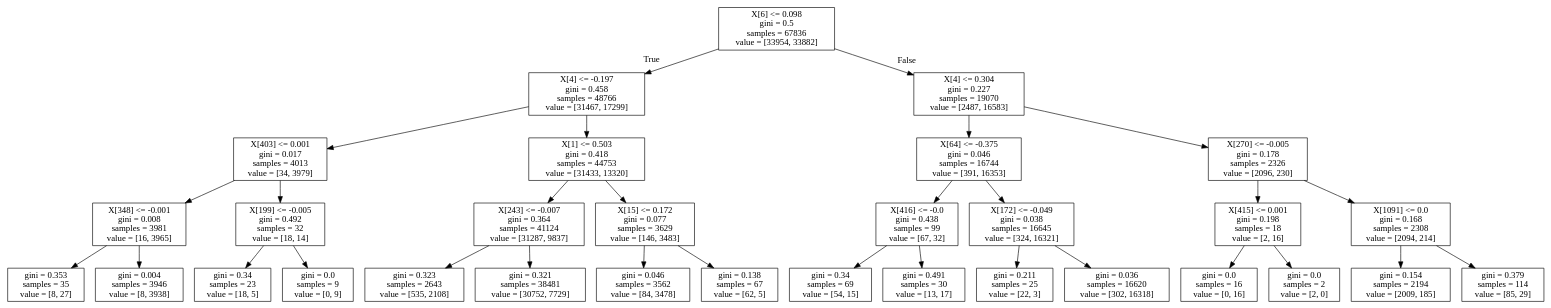
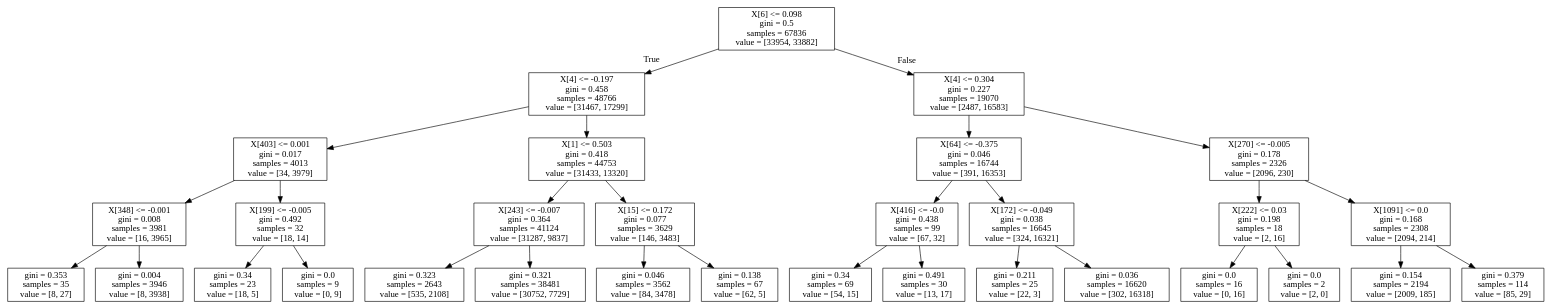
Before and after one commit to leejong4414/CSE-546-Project: the diagram in Decision Tree/tree3.dot, drawn with Graphviz. The commit also changed 17 other files, not shown here.

```diff
--- a/Decision Tree/tree3.dot
+++ b/Decision Tree/tree3.dot
@@ -1,64 +1,64 @@
 digraph Tree {
 node [shape=box] ;
 0 [label="X[6] <= 0.098\ngini = 0.5\nsamples = 67836\nvalue = [33954, 33882]"] ;
 1 [label="X[4] <= -0.197\ngini = 0.458\nsamples = 48766\nvalue = [31467, 17299]"] ;
 0 -> 1 [labeldistance=2.5, labelangle=45, headlabel="True"] ;
 2 [label="X[403] <= 0.001\ngini = 0.017\nsamples = 4013\nvalue = [34, 3979]"] ;
 1 -> 2 ;
 3 [label="X[348] <= -0.001\ngini = 0.008\nsamples = 3981\nvalue = [16, 3965]"] ;
 2 -> 3 ;
 4 [label="gini = 0.353\nsamples = 35\nvalue = [8, 27]"] ;
 3 -> 4 ;
 5 [label="gini = 0.004\nsamples = 3946\nvalue = [8, 3938]"] ;
 3 -> 5 ;
 6 [label="X[199] <= -0.005\ngini = 0.492\nsamples = 32\nvalue = [18, 14]"] ;
 2 -> 6 ;
 7 [label="gini = 0.34\nsamples = 23\nvalue = [18, 5]"] ;
 6 -> 7 ;
 8 [label="gini = 0.0\nsamples = 9\nvalue = [0, 9]"] ;
 6 -> 8 ;
 9 [label="X[1] <= 0.503\ngini = 0.418\nsamples = 44753\nvalue = [31433, 13320]"] ;
 1 -> 9 ;
 10 [label="X[243] <= -0.007\ngini = 0.364\nsamples = 41124\nvalue = [31287, 9837]"] ;
 9 -> 10 ;
 11 [label="gini = 0.323\nsamples = 2643\nvalue = [535, 2108]"] ;
 10 -> 11 ;
 12 [label="gini = 0.321\nsamples = 38481\nvalue = [30752, 7729]"] ;
 10 -> 12 ;
 13 [label="X[15] <= 0.172\ngini = 0.077\nsamples = 3629\nvalue = [146, 3483]"] ;
 9 -> 13 ;
 14 [label="gini = 0.046\nsamples = 3562\nvalue = [84, 3478]"] ;
 13 -> 14 ;
 15 [label="gini = 0.138\nsamples = 67\nvalue = [62, 5]"] ;
 13 -> 15 ;
 16 [label="X[4] <= 0.304\ngini = 0.227\nsamples = 19070\nvalue = [2487, 16583]"] ;
 0 -> 16 [labeldistance=2.5, labelangle=-45, headlabel="False"] ;
 17 [label="X[64] <= -0.375\ngini = 0.046\nsamples = 16744\nvalue = [391, 16353]"] ;
 16 -> 17 ;
 18 [label="X[416] <= -0.0\ngini = 0.438\nsamples = 99\nvalue = [67, 32]"] ;
 17 -> 18 ;
 19 [label="gini = 0.34\nsamples = 69\nvalue = [54, 15]"] ;
 18 -> 19 ;
 20 [label="gini = 0.491\nsamples = 30\nvalue = [13, 17]"] ;
 18 -> 20 ;
 21 [label="X[172] <= -0.049\ngini = 0.038\nsamples = 16645\nvalue = [324, 16321]"] ;
 17 -> 21 ;
 22 [label="gini = 0.211\nsamples = 25\nvalue = [22, 3]"] ;
 21 -> 22 ;
 23 [label="gini = 0.036\nsamples = 16620\nvalue = [302, 16318]"] ;
 21 -> 23 ;
 24 [label="X[270] <= -0.005\ngini = 0.178\nsamples = 2326\nvalue = [2096, 230]"] ;
 16 -> 24 ;
-25 [label="X[415] <= 0.001\ngini = 0.198\nsamples = 18\nvalue = [2, 16]"] ;
+25 [label="X[222] <= 0.03\ngini = 0.198\nsamples = 18\nvalue = [2, 16]"] ;
 24 -> 25 ;
 26 [label="gini = 0.0\nsamples = 16\nvalue = [0, 16]"] ;
 25 -> 26 ;
 27 [label="gini = 0.0\nsamples = 2\nvalue = [2, 0]"] ;
 25 -> 27 ;
 28 [label="X[1091] <= 0.0\ngini = 0.168\nsamples = 2308\nvalue = [2094, 214]"] ;
 24 -> 28 ;
 29 [label="gini = 0.154\nsamples = 2194\nvalue = [2009, 185]"] ;
 28 -> 29 ;
 30 [label="gini = 0.379\nsamples = 114\nvalue = [85, 29]"] ;
 28 -> 30 ;
 }
```
